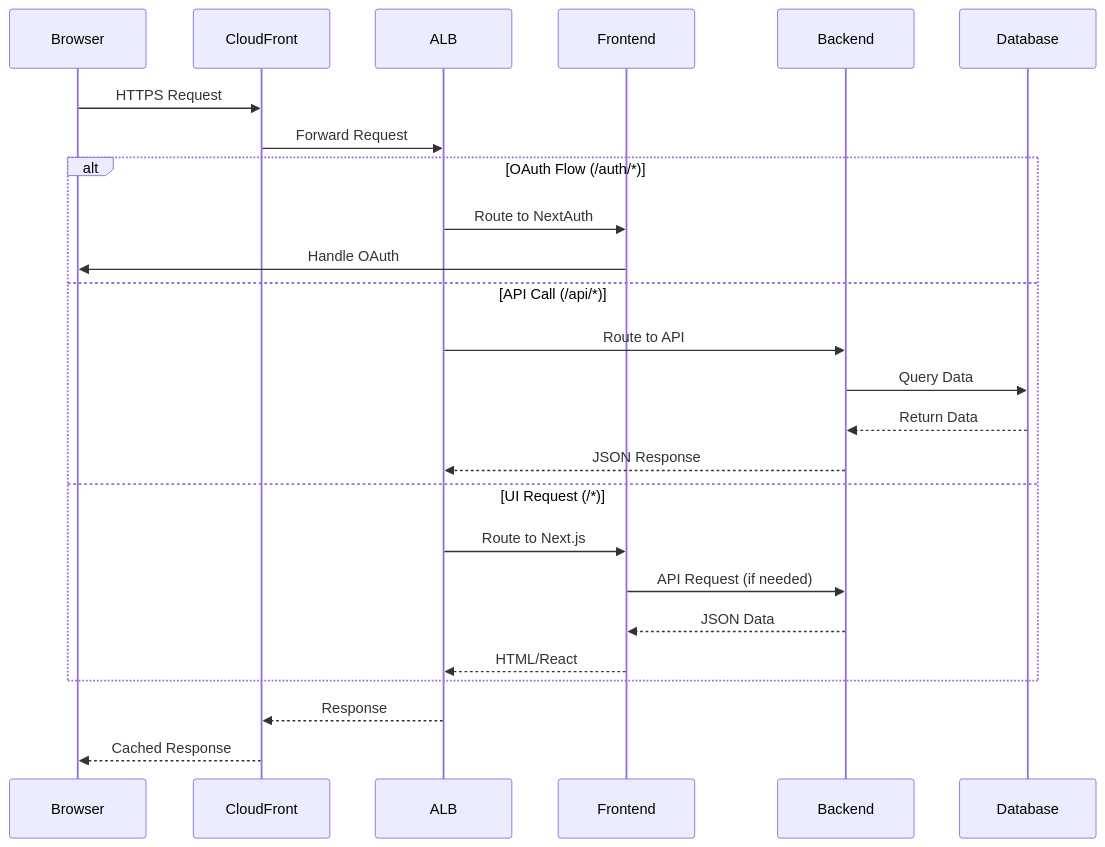
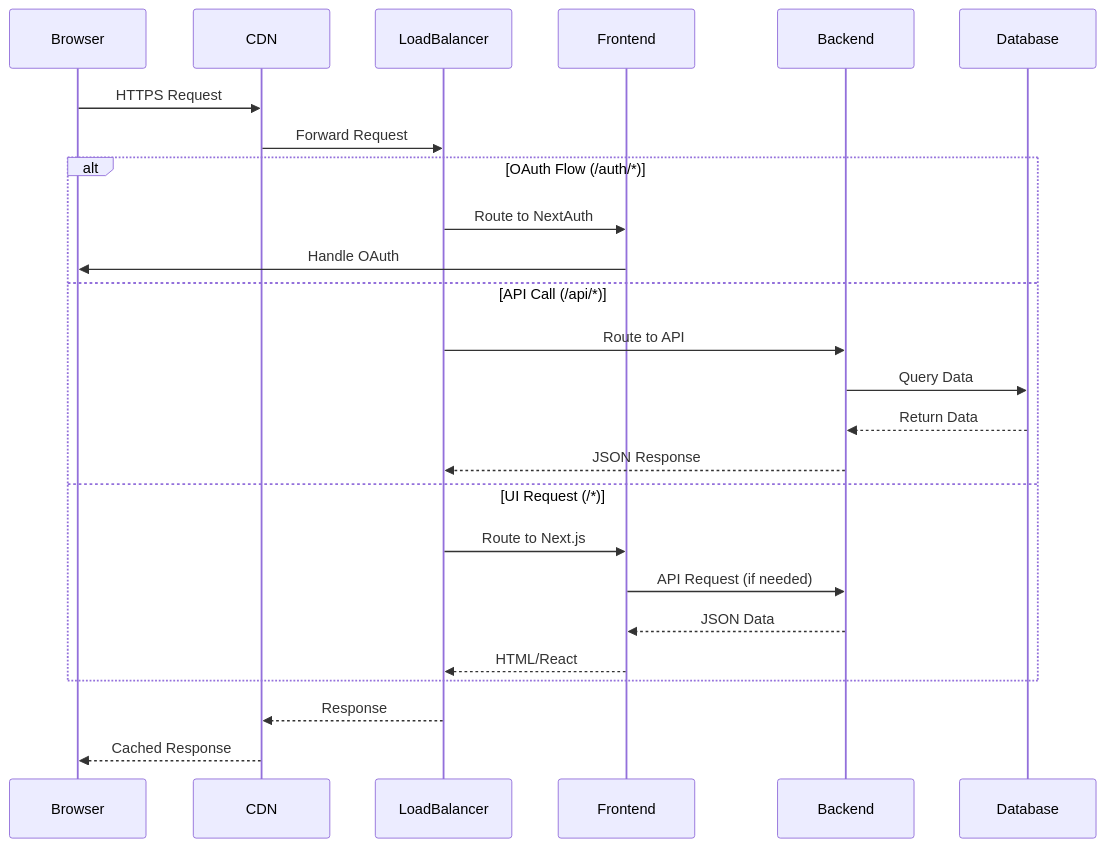
The first of 2 diagrams in docs/ARCHITECTURE.md (The-AI-Alliance/semiont), drawn with Mermaid before and after one commit. The commit also changed other lines of this file and 132 other files, not shown here.

````diff
--- a/docs/ARCHITECTURE.md
+++ b/docs/ARCHITECTURE.md
@@ -209,30 +66,30 @@
 ```mermaid
 sequenceDiagram
     participant Browser
-    participant CloudFront
-    participant ALB
+    participant CDN
+    participant LoadBalancer
     participant Frontend
     participant Backend
     participant Database
 
-    Browser->>CloudFront: HTTPS Request
-    CloudFront->>ALB: Forward Request
+    Browser->>CDN: HTTPS Request
+    CDN->>LoadBalancer: Forward Request
 
     alt OAuth Flow (/auth/*)
-        ALB->>Frontend: Route to NextAuth
+        LoadBalancer->>Frontend: Route to NextAuth
         Frontend->>Browser: Handle OAuth
     else API Call (/api/*)
-        ALB->>Backend: Route to API
+        LoadBalancer->>Backend: Route to API
         Backend->>Database: Query Data
         Database-->>Backend: Return Data
-        Backend-->>ALB: JSON Response
+        Backend-->>LoadBalancer: JSON Response
     else UI Request (/*)
-        ALB->>Frontend: Route to Next.js
+        LoadBalancer->>Frontend: Route to Next.js
         Frontend->>Backend: API Request (if needed)
         Backend-->>Frontend: JSON Data
-        Frontend-->>ALB: HTML/React
+        Frontend-->>LoadBalancer: HTML/React
     end
 
-    ALB-->>CloudFront: Response
-    CloudFront-->>Browser: Cached Response
+    LoadBalancer-->>CDN: Response
+    CDN-->>Browser: Cached Response
 ```
````
